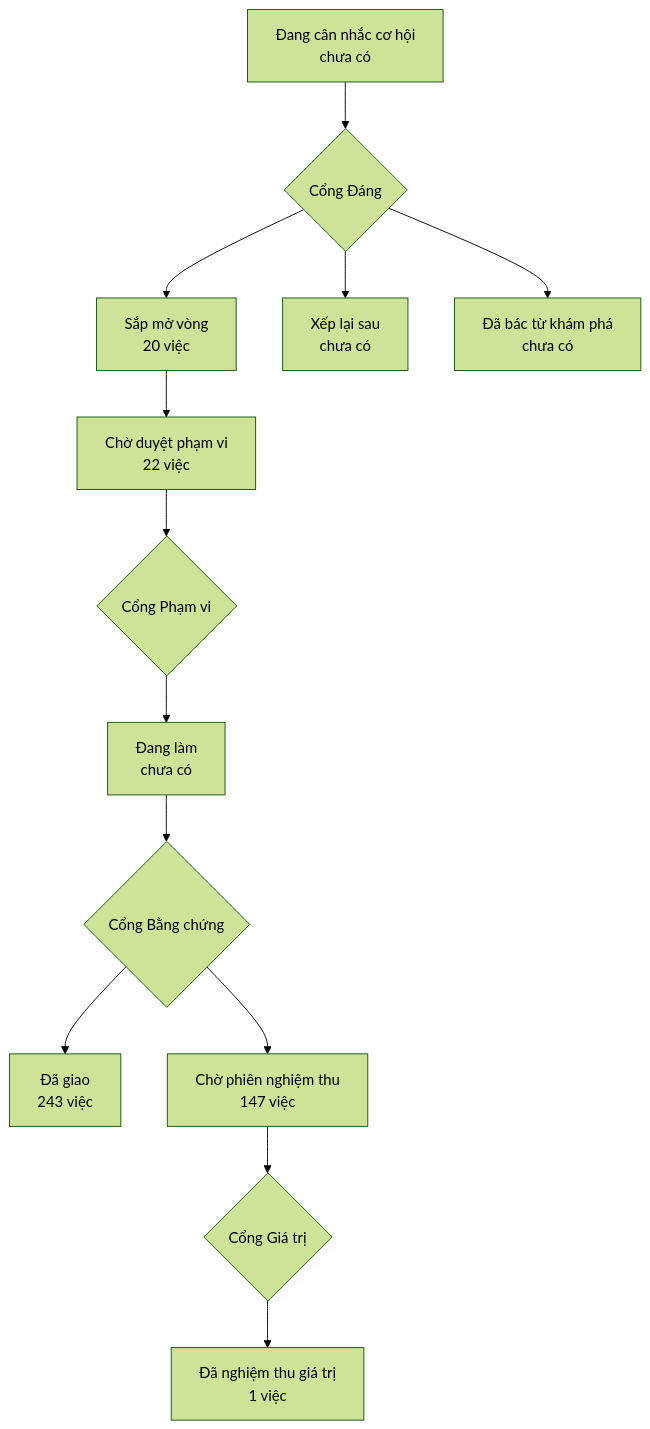
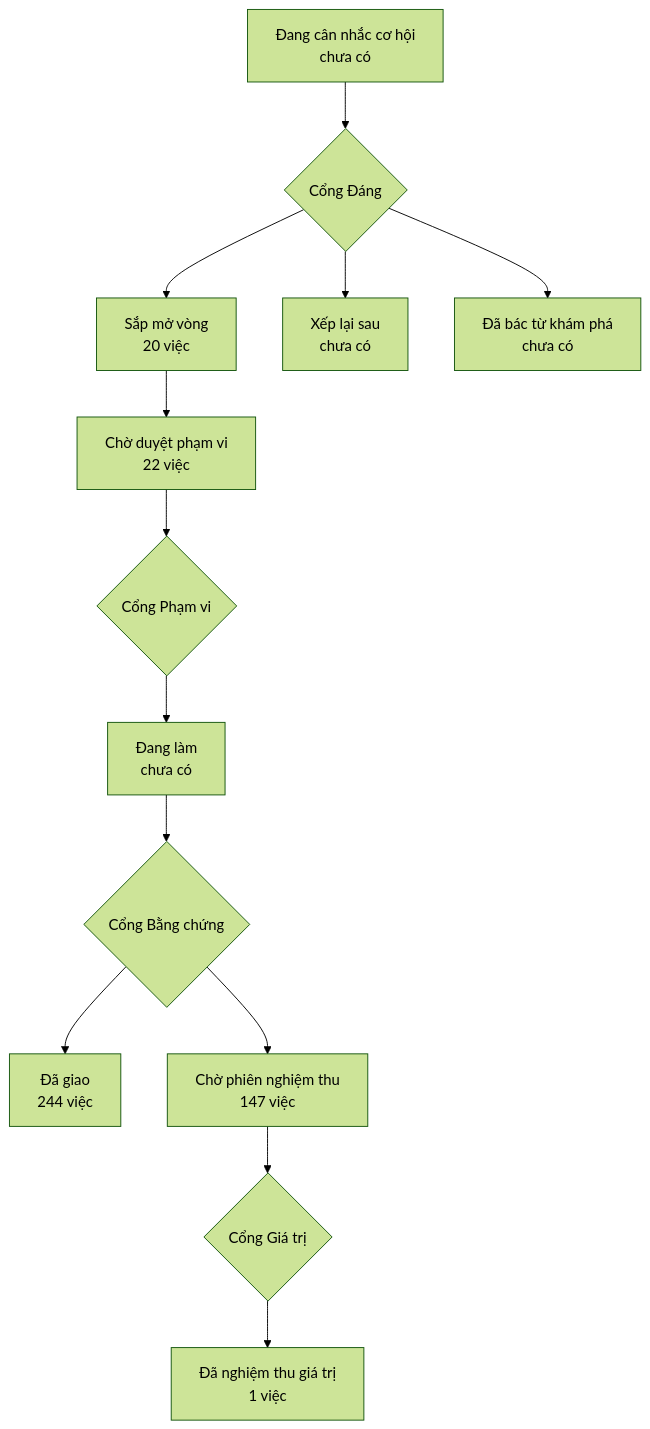
The diagram in PRODUCT-MAP.md (phanlemanh/onehub-invest), drawn with Mermaid (forest theme) before and after one commit. The commit also changed other lines of this file and 1 other file, not shown here.

Commit message:
chore(map): vẽ lại bản đồ sau gộp main 1fe6ab9ca

````diff
--- a/PRODUCT-MAP.md
+++ b/PRODUCT-MAP.md
@@ -7,12 +7,12 @@
 ```mermaid
 flowchart TD
   A["Đang cân nhắc cơ hội<br/>chưa có"] --> GD{"Cổng Đáng"}
   GD --> B["Sắp mở vòng<br/>20 việc"]
   GD --> XL["Xếp lại sau<br/>chưa có"]
   GD --> DB["Đã bác từ khám phá<br/>chưa có"]
   B --> CD["Chờ duyệt phạm vi<br/>22 việc"] --> GP{"Cổng Phạm vi"}
   GP --> DL["Đang làm<br/>chưa có"] --> GB{"Cổng Bằng chứng"}
-  GB --> DG["Đã giao<br/>243 việc"]
+  GB --> DG["Đã giao<br/>244 việc"]
   GB --> CN["Chờ phiên nghiệm thu<br/>147 việc"] --> GG{"Cổng Giá trị"}
   GG --> NT["Đã nghiệm thu giá trị<br/>1 việc"]
 ```
````
